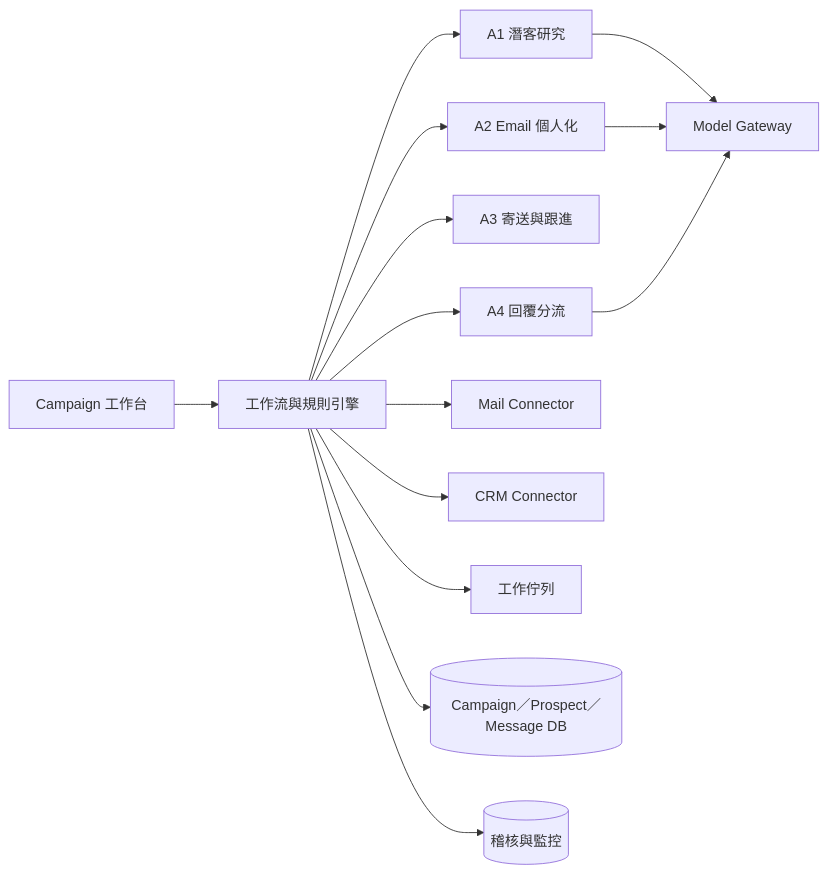
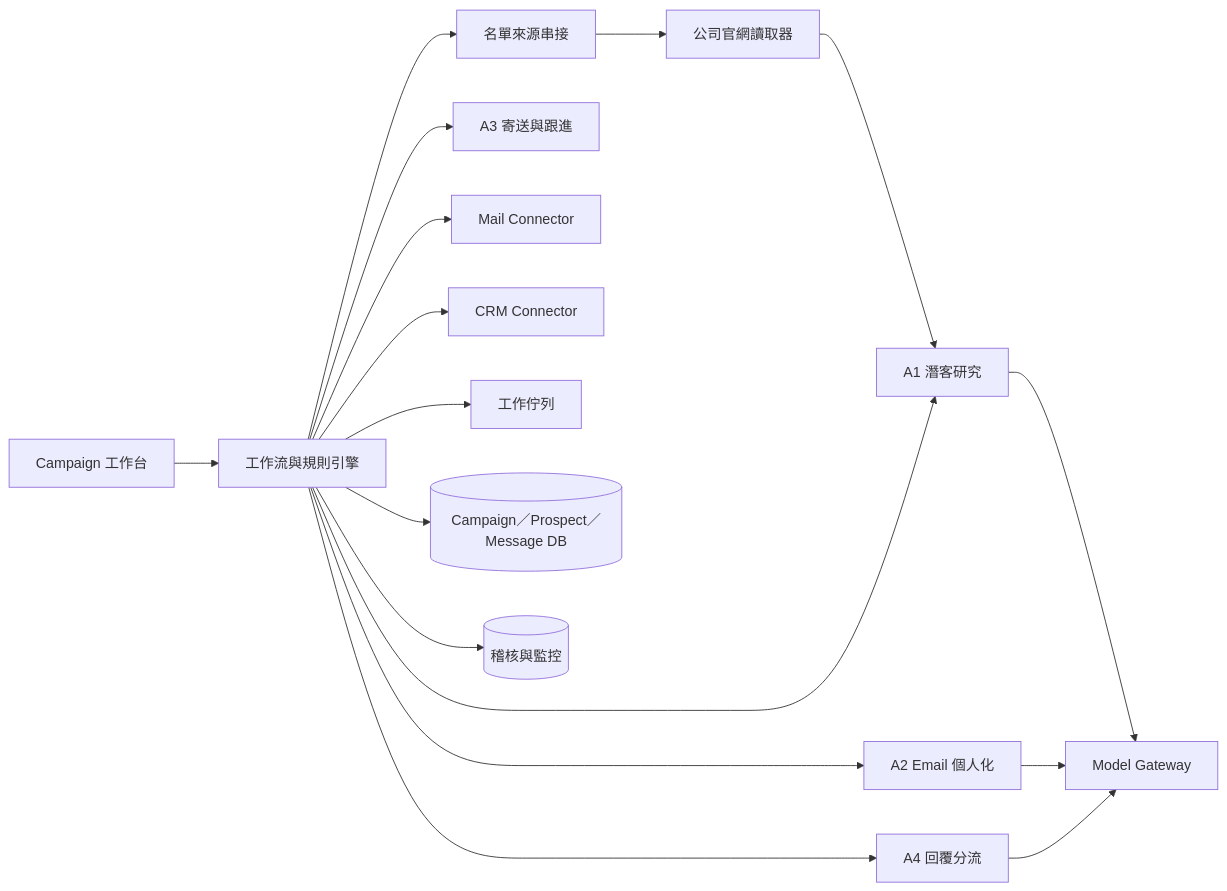
One commit to LCKuo/---Agent changed the third of 4 diagrams in 承炘國際_AI系統分析與實踐書.md. Above: the diagram before and after it, drawn with Mermaid. The commit also changed other lines of this file and 2 other files, not shown here.

````diff
--- a/承炘國際_AI系統分析與實踐書.md
+++ b/承炘國際_AI系統分析與實踐書.md
@@ -182,16 +293,19 @@
 ```mermaid
 flowchart LR
   UI[Campaign 工作台] --> WF[工作流與規則引擎]
+  WF --> SRC[名單來源串接]
+  SRC --> CRAWL[公司官網讀取器]
+  CRAWL --> A1
   WF --> A1[A1 潛客研究]
   WF --> A2[A2 Email 個人化]
   WF --> A3[A3 寄送與跟進]
   WF --> A4[A4 回覆分流]
   A1 --> MG[Model Gateway]
   A2 --> MG
   A4 --> MG
   WF --> MAIL[Mail Connector]
   WF --> CRM[CRM Connector]
   WF --> Q[工作佇列]
   WF --> DB[(Campaign／Prospect／Message DB)]
   WF --> AUDIT[(稽核與監控)]
 ```
````
